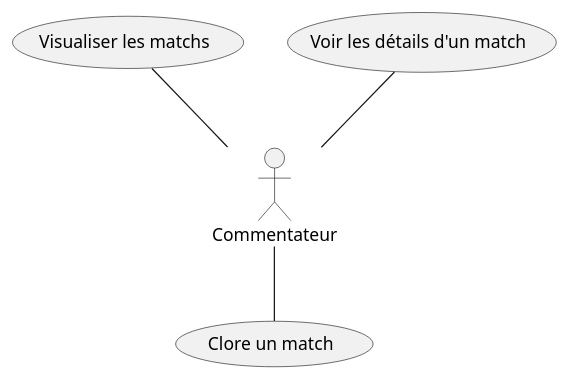
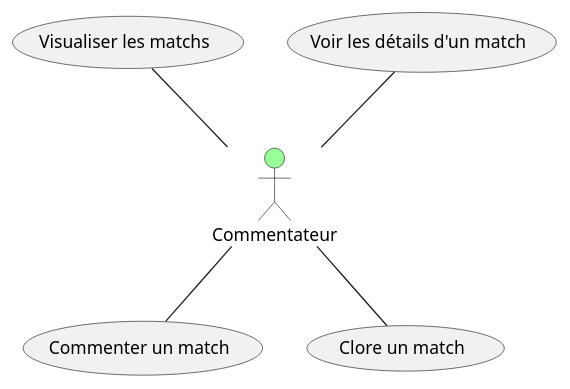
Before and after one commit to kcdln/Smash-Bowl: the third of 4 diagrams in #documents/OLD/Diagramme de cas d_utilisation.OLD.md, drawn with PlantUML. The commit also changed other lines of this file and 1 other file, not shown here.

Commit message:
Add sequential diagram & colored actors into both diagrams

```diff
--- a/#documents/OLD/Diagramme de cas d_utilisation.OLD.md
+++ b/#documents/OLD/Diagramme de cas d_utilisation.OLD.md
@@ -43,9 +43,10 @@
 @startuml
 
-actor Commentateur
+actor Commentateur #99ff99
 
 Commentateur -up- (Voir les détails d'un match)
 Commentateur -up- (Visualiser les matchs)
+Commentateur -down- (Commenter un match)
 Commentateur -down- (Clore un match)
 
 @enduml
```
